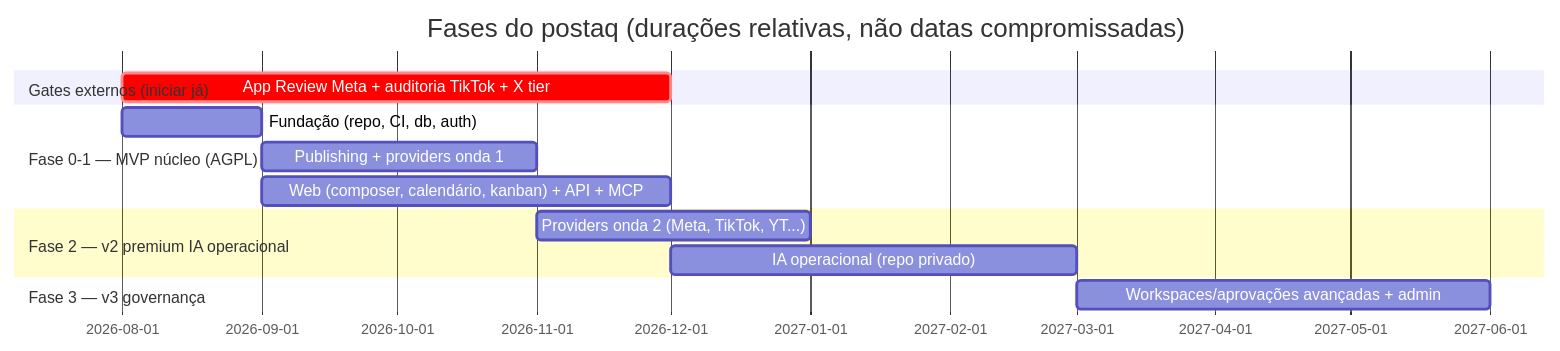
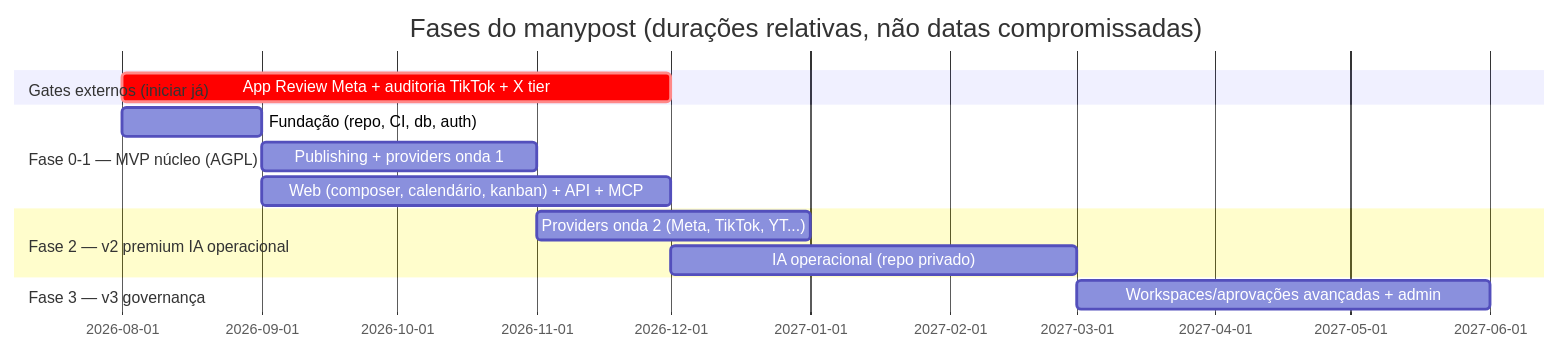
Before and after one commit to manypost/manypost-app: the diagram in docs/specs/SPEC_ROADMAP.md, drawn with Mermaid. The commit also changed other lines of this file and 37 other files, not shown here.

First line of the commit message:
docs: rename postaq->manypost, brand system oficial, planos e adendo DECISIONS v1.1

````diff
--- a/docs/specs/SPEC_ROADMAP.md
+++ b/docs/specs/SPEC_ROADMAP.md
@@ -5,16 +5,16 @@
 ```mermaid
 gantt
     dateFormat  YYYY-MM
-    title Fases do postaq (durações relativas, não datas compromissadas)
+    title Fases do manypost (durações relativas, não datas compromissadas)
     section Gates externos (iniciar já)
     App Review Meta + auditoria TikTok + X tier     :crit, g1, 2026-08, 4M
     section Fase 0-1 — MVP núcleo (AGPL)
     Fundação (repo, CI, db, auth)                   :f0, 2026-08, 1M
     Publishing + providers onda 1                   :f1, after f0, 2M
     Web (composer, calendário, kanban) + API + MCP  :f2, after f0, 3M
     section Fase 2 — v2 premium IA operacional
     Providers onda 2 (Meta, TikTok, YT...)          :f3, after f1, 2M
     IA operacional (repo privado)                   :f4, after f2, 3M
     section Fase 3 — v3 governança
     Workspaces/aprovações avançadas + admin         :f5, after f4, 3M
 ```
````
